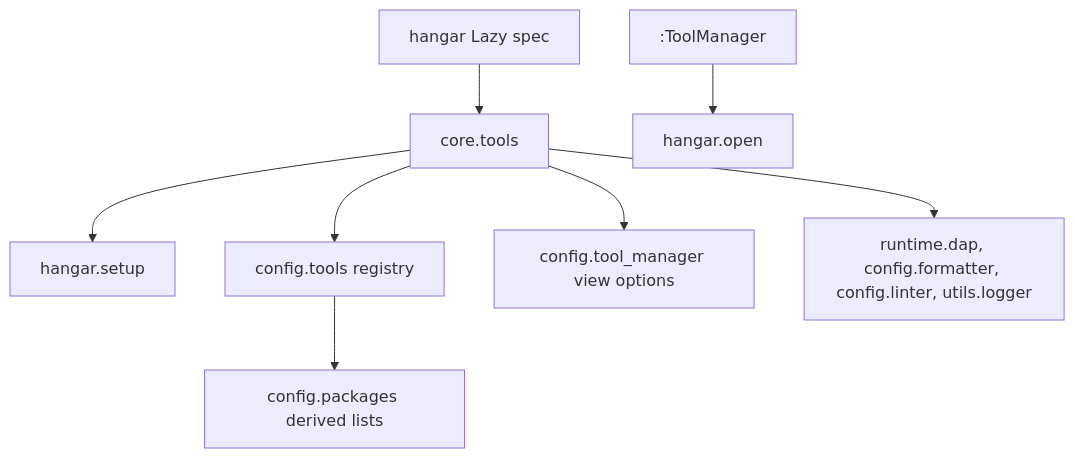
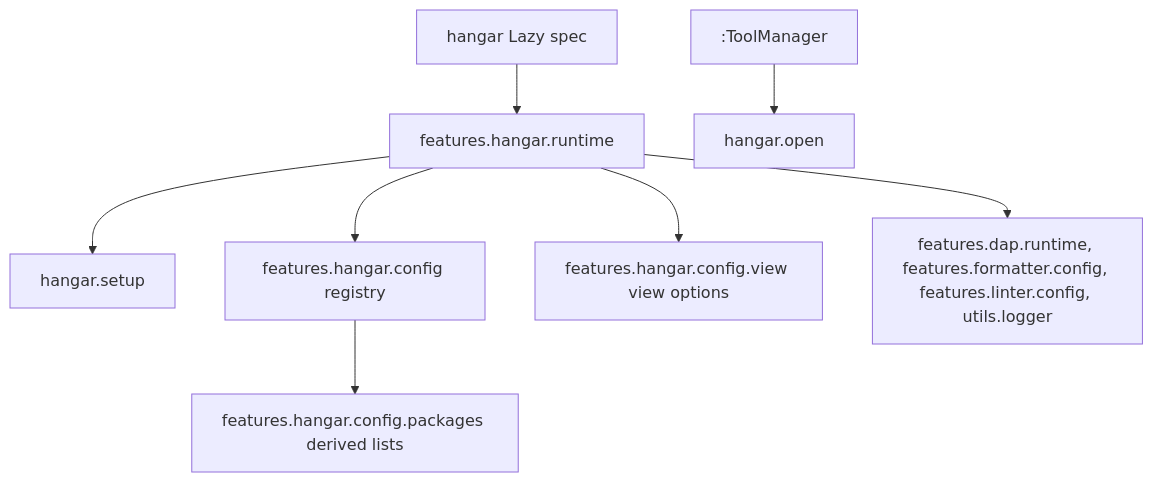
Before and after one commit to Orbit-Lua/orbitvim: the diagram in doc/architecture.md, drawn with Mermaid. The commit also changed other lines of this file and 235 other files, not shown here.

````diff
--- a/doc/architecture.md
+++ b/doc/architecture.md
@@ -23,10 +38,10 @@
 ```mermaid
 flowchart TD
-    Spec[hangar Lazy spec] --> Compose[core.tools]
+    Spec[hangar Lazy spec] --> Compose[features.hangar.runtime]
     Compose --> Setup[hangar.setup]
     Command[:ToolManager] --> Open[hangar.open]
-    Compose --> Registry[config.tools registry]
-    Compose --> View[config.tool_manager view options]
-    Compose --> Owners[runtime.dap, config.formatter, config.linter, utils.logger]
-    Registry --> Derived[config.packages derived lists]
+    Compose --> Registry[features.hangar.config registry]
+    Compose --> View[features.hangar.config.view view options]
+    Compose --> Owners[features.dap.runtime, features.formatter.config, features.linter.config, utils.logger]
+    Registry --> Derived[features.hangar.config.packages derived lists]
 ```
````
